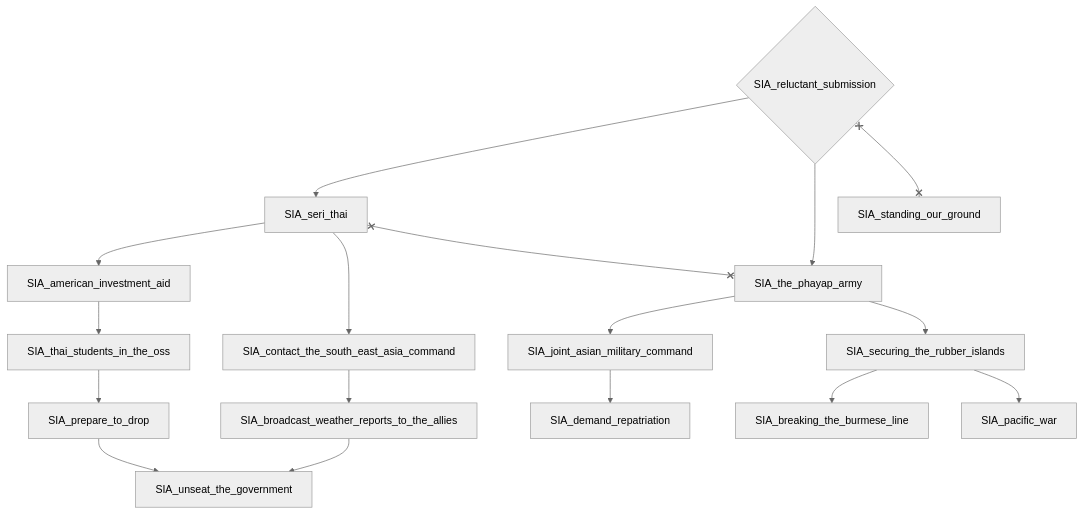
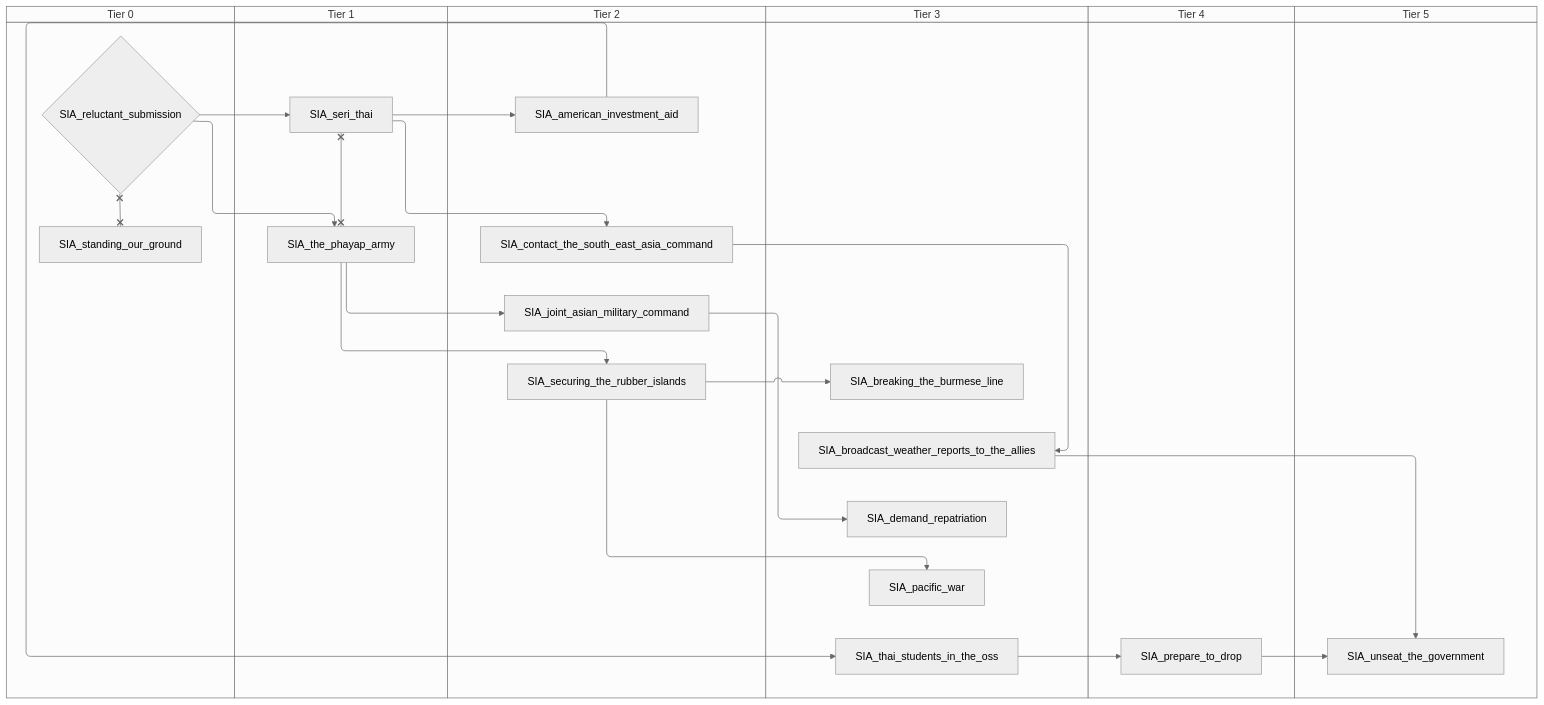
Before and after one commit to evgeny-sobol/hoi4-sandbox-mode-r56: the second of 6 diagrams in docs/gdd/National Focuses/r56/siam.md, drawn with Mermaid (neutral theme). The commit also changed other lines of this file and 423 other files, not shown here.

First line of the commit message:
Re-export Rt56 focus trees as swimlane diagrams

````diff
--- a/docs/gdd/National Focuses/r56/siam.md
+++ b/docs/gdd/National Focuses/r56/siam.md
@@ -115,34 +137,46 @@
 ```mermaid
-flowchart TD
-    n45["SIA_american_investment_aid"]
-    n46["SIA_breaking_the_burmese_line"]
-    n47["SIA_broadcast_weather_reports_to_the_allies"]
-    n48["SIA_contact_the_south_east_asia_command"]
-    n49["SIA_demand_repatriation"]
-    n50["SIA_joint_asian_military_command"]
-    n51["SIA_pacific_war"]
-    n52["SIA_prepare_to_drop"]
-    n53{"SIA_reluctant_submission"}
-    n54["SIA_securing_the_rubber_islands"]
-    n55["SIA_seri_thai"]
-    n56["SIA_standing_our_ground"]
-    n57["SIA_thai_students_in_the_oss"]
-    n58["SIA_the_phayap_army"]
-    n59["SIA_unseat_the_government"]
-    n55 --> n45
-    n54 --> n46
-    n48 --> n47
-    n55 --> n48
-    n50 --> n49
-    n58 --> n50
-    n54 --> n51
-    n57 --> n52
-    n58 --> n54
-    n53 --> n55
-    n45 --> n57
-    n53 --> n58
-    n52 --> n59
-    n47 --> n59
-    n53 x--x n56
-    n55 x--x n58
+swimlane-beta TD
+    subgraph tier_0["Tier 0"]
+        n45{"SIA_reluctant_submission"}
+        n46["SIA_standing_our_ground"]
+    end
+    subgraph tier_1["Tier 1"]
+        n47["SIA_seri_thai"]
+        n48["SIA_the_phayap_army"]
+    end
+    subgraph tier_2["Tier 2"]
+        n49["SIA_american_investment_aid"]
+        n50["SIA_contact_the_south_east_asia_command"]
+        n51["SIA_joint_asian_military_command"]
+        n52["SIA_securing_the_rubber_islands"]
+    end
+    subgraph tier_3["Tier 3"]
+        n53["SIA_breaking_the_burmese_line"]
+        n54["SIA_broadcast_weather_reports_to_the_allies"]
+        n55["SIA_demand_repatriation"]
+        n56["SIA_pacific_war"]
+        n57["SIA_thai_students_in_the_oss"]
+    end
+    subgraph tier_4["Tier 4"]
+        n58["SIA_prepare_to_drop"]
+    end
+    subgraph tier_5["Tier 5"]
+        n59["SIA_unseat_the_government"]
+    end
+    n47 --> n49
+    n52 --> n53
+    n50 --> n54
+    n47 --> n50
+    n51 --> n55
+    n48 --> n51
+    n52 --> n56
+    n57 --> n58
+    n48 --> n52
+    n45 --> n47
+    n49 --> n57
+    n45 --> n48
+    n58 --> n59
+    n54 --> n59
+    n45 x--x n46
+    n47 x--x n48
 ```
````
